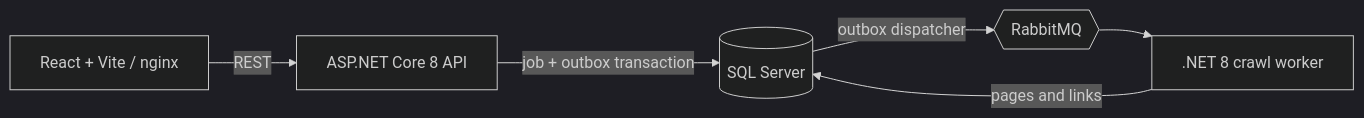
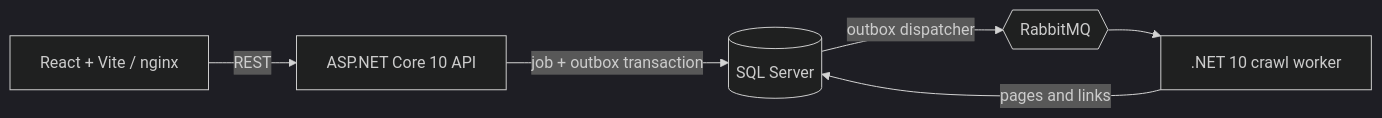
Before and after one commit to shahar-ma/web-crawler: the diagram in README.md, drawn with Mermaid (dark theme). The commit also changed other lines of this file, not shown here.

````diff
--- a/README.md
+++ b/README.md
@@ -22,8 +22,8 @@
 ```mermaid
 flowchart LR
-  UI[React + Vite / nginx] -->|REST| API[ASP.NET Core 8 API]
+  UI[React + Vite / nginx] -->|REST| API[ASP.NET Core 10 API]
   API -->|job + outbox transaction| SQL[(SQL Server)]
   SQL -->|outbox dispatcher| MQ{{RabbitMQ}}
-  MQ --> Worker[.NET 8 crawl worker]
+  MQ --> Worker[.NET 10 crawl worker]
   Worker -->|pages and links| SQL
 ```
````
